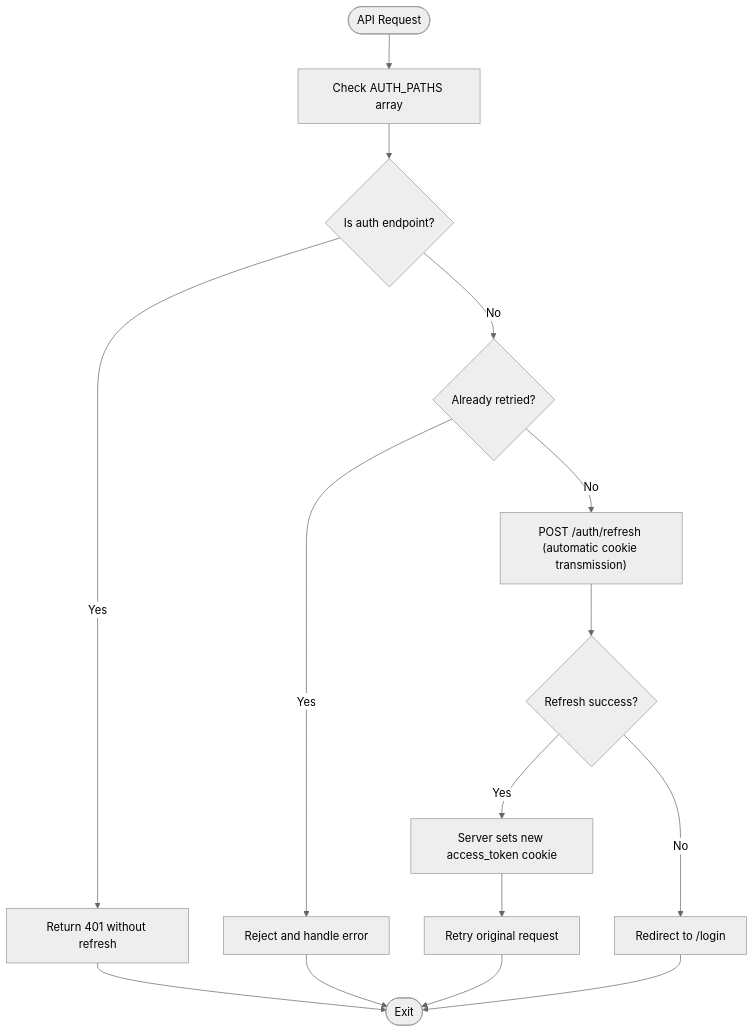
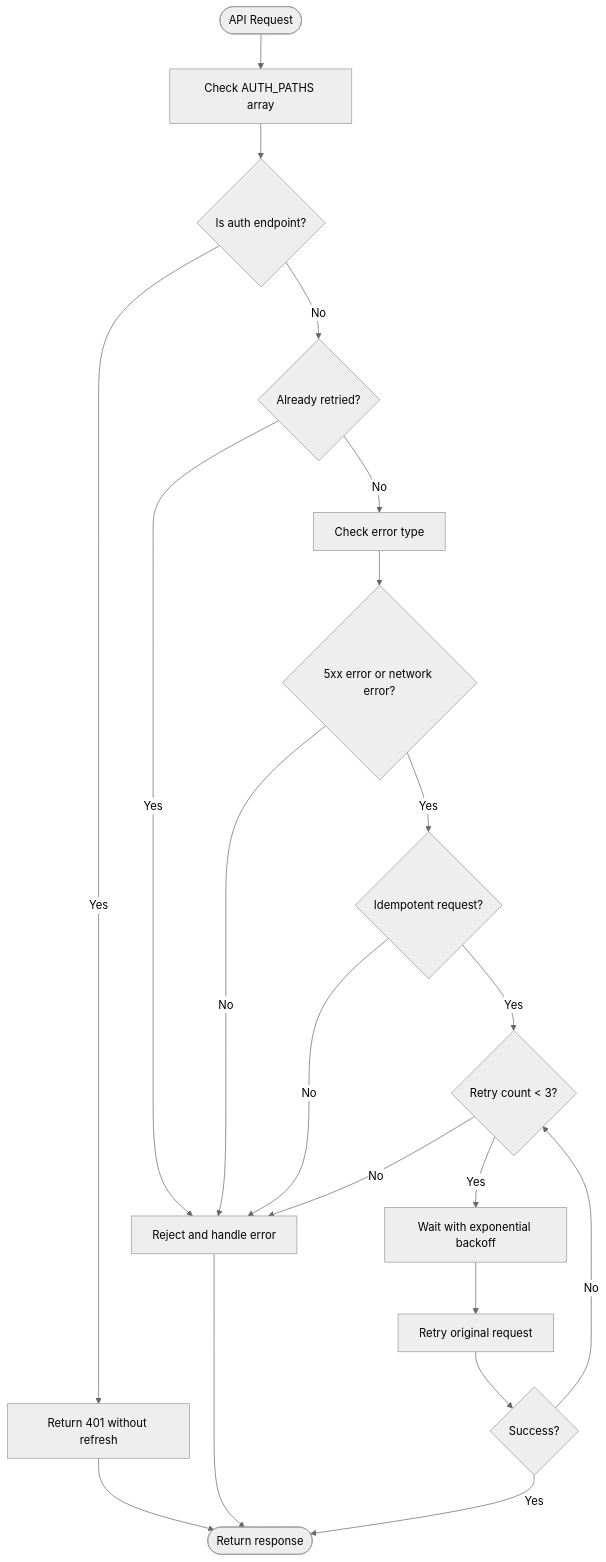
The third of 13 diagrams in .qoder/repowiki/en/content/Authentication & Authorization/Frontend Authentication Context.md (Revanththetalogics/aireume), drawn with Mermaid (neutral theme) before and after one commit. The commit also changed other lines of this file and 15 other files, not shown here.

````diff
--- a/.qoder/repowiki/en/content/Authentication & Authorization/Frontend Authentication Context.md
+++ b/.qoder/repowiki/en/content/Authentication & Authorization/Frontend Authentication Context.md
@@ -190,17 +209,22 @@
 ```mermaid
 flowchart TD
 Start(["API Request"]) --> CheckAuth["Check AUTH_PATHS array"]
 CheckAuth --> IsAuth{"Is auth endpoint?"}
 IsAuth --> |Yes| DirectFail["Return 401 without refresh"]
 IsAuth --> |No| CheckRetry{"Already retried?"}
 CheckRetry --> |Yes| Fail["Reject and handle error"]
-CheckRetry --> |No| Refresh["POST /auth/refresh (automatic cookie transmission)"]
-Refresh --> RTResp{"Refresh success?"}
-RTResp --> |Yes| StoreNew["Server sets new access_token cookie"]
-StoreNew --> RetryOrig["Retry original request"]
-RTResp --> |No| Redirect["Redirect to /login"]
-DirectFail --> End(["Exit"])
+CheckRetry --> |No| CheckError["Check error type"]
+CheckError --> IsRetryable{"5xx error or network error?"}
+IsRetryable --> |No| Fail
+IsRetryable --> |Yes| CheckIdempotent{"Idempotent request?"}
+CheckIdempotent --> |No| Fail
+CheckIdempotent --> |Yes| CheckMaxRetries{"Retry count < 3?"}
+CheckMaxRetries --> |No| Fail
+CheckMaxRetries --> |Yes| ApplyBackoff["Wait with exponential backoff"]
+ApplyBackoff --> RetryReq["Retry original request"]
+RetryReq --> Success{"Success?"}
+Success --> |Yes| End(["Return response"])
+Success --> |No| CheckMaxRetries
+DirectFail --> End
 Fail --> End
-RetryOrig --> End
-Redirect --> End
 ```
````
